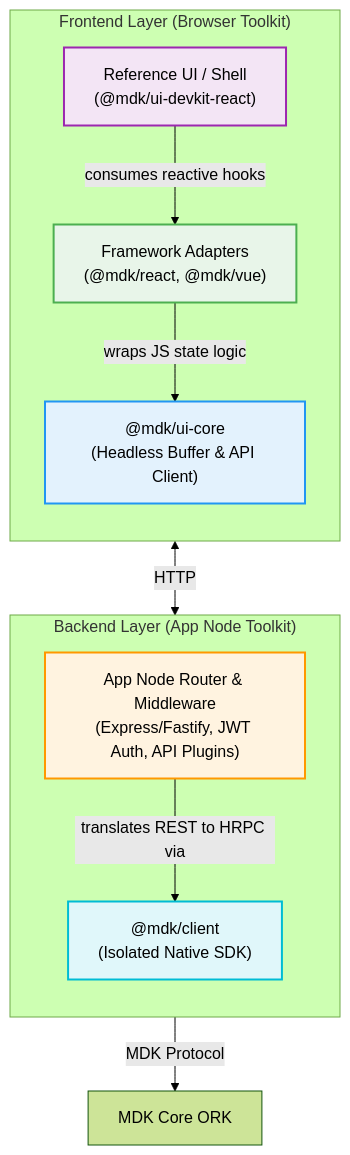
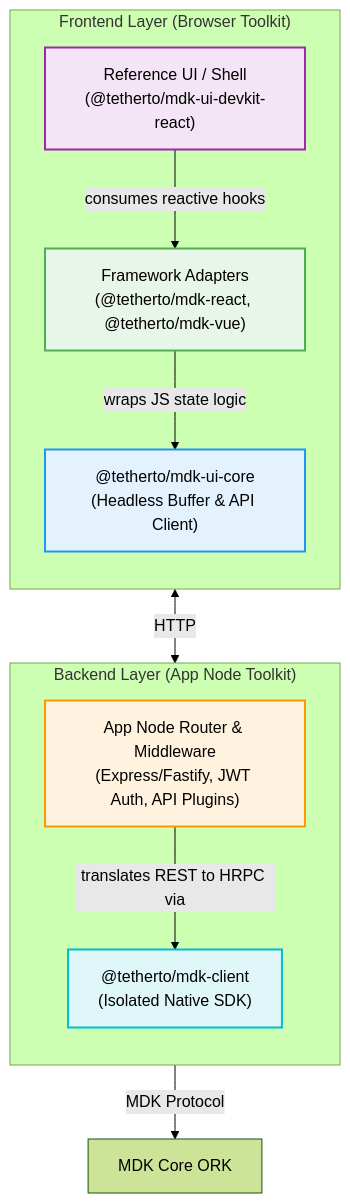
Before and after one commit to Gio-Galt/mdk-be: the diagram in docs/hld-mdk-app.md, drawn with Mermaid (forest theme). The commit also changed other lines of this file and 1 other file, not shown here.

Commit message:
Update @mdk/ ti @tetherto/mdk-

````diff
--- a/docs/hld-mdk-app.md
+++ b/docs/hld-mdk-app.md
@@ -109,29 +166,29 @@
 ```mermaid
 flowchart TD
     subgraph "Frontend Layer (Browser Toolkit)"
         direction TB
-        UI_COMPS["Reference UI / Shell<br/>(@mdk/ui-devkit-react)"]
-        FRAMEWORKS["Framework Adapters<br/>(@mdk/react, @mdk/vue)"]
-        UI_CORE["@mdk/ui-core<br/>(Headless Buffer & API Client)"]
+        UI_COMPS["Reference UI / Shell<br/>(@tetherto/mdk-ui-devkit-react)"]
+        FRAMEWORKS["Framework Adapters<br/>(@tetherto/mdk-react, @tetherto/mdk-vue)"]
+        UI_CORE["@tetherto/mdk-ui-core<br/>(Headless Buffer & API Client)"]
         
         UI_COMPS -->|"consumes reactive hooks"| FRAMEWORKS
         FRAMEWORKS -->|"wraps JS state logic"| UI_CORE
     end
 
     subgraph "Backend Layer (App Node Toolkit)"
         direction TB
         ROUTER["App Node Router & Middleware<br/>(Express/Fastify, JWT Auth, API Plugins)"]
-        CLIENT["@mdk/client<br/>(Isolated Native SDK)"]
+        CLIENT["@tetherto/mdk-client<br/>(Isolated Native SDK)"]
         
         ROUTER -->|"translates REST to HRPC via"| CLIENT
     end
     
     UI_CORE <-->|"HTTP"| ROUTER
     CLIENT -->|"MDK Protocol"| ORK[MDK Core ORK]
     
     style UI_COMPS fill:#f3e5f5,stroke:#9c27b0,stroke-width:2px,color:#000
     style FRAMEWORKS fill:#e8f5e9,stroke:#4caf50,stroke-width:2px,color:#000
     style UI_CORE fill:#e3f2fd,stroke:#2196f3,stroke-width:2px,color:#000
     style ROUTER fill:#fff3e0,stroke:#ff9800,stroke-width:2px,color:#000
     style CLIENT fill:#e0f7fa,stroke:#00bcd4,stroke-width:2px,color:#000
 ```
````
